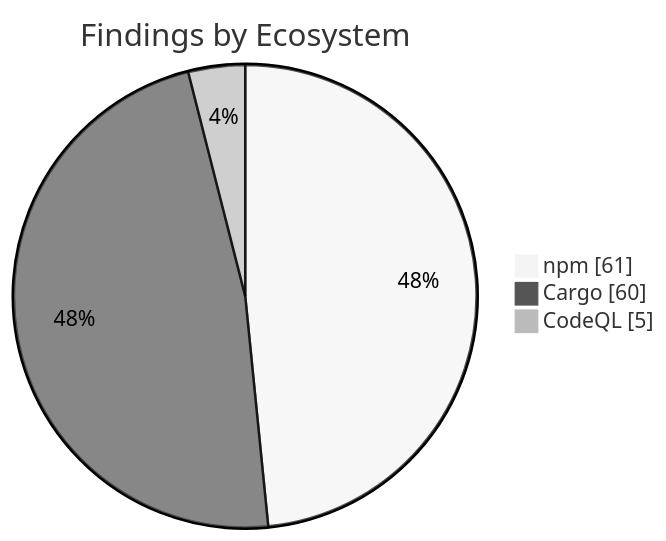
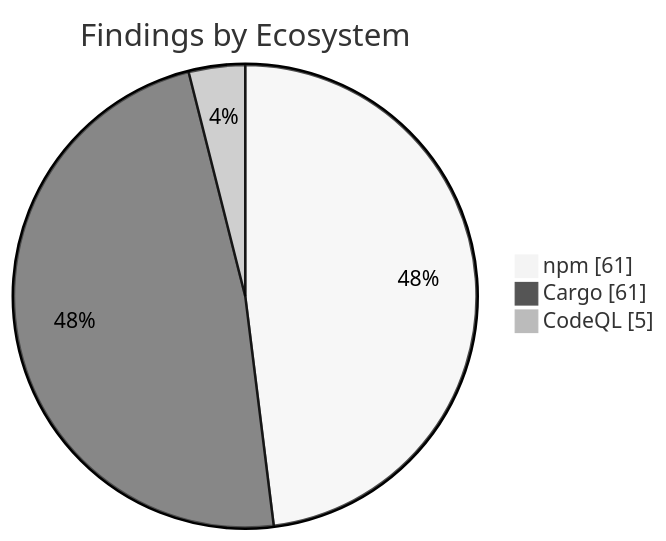
The second of 2 diagrams in apps/kbve/astro-kbve/src/content/docs/dashboard/security.mdx (KBVE/kbve), drawn with Mermaid (neutral theme) before and after one commit. The commit also changed other lines of this file and 8 other files, not shown here.

````diff
--- a/apps/kbve/astro-kbve/src/content/docs/dashboard/security.mdx
+++ b/apps/kbve/astro-kbve/src/content/docs/dashboard/security.mdx
@@ -73,7 +73,7 @@
 ```mermaid
 pie showData
     title Findings by Ecosystem
     "npm" : 61
-    "Cargo" : 60
+    "Cargo" : 61
     "CodeQL" : 5
 ```
````
